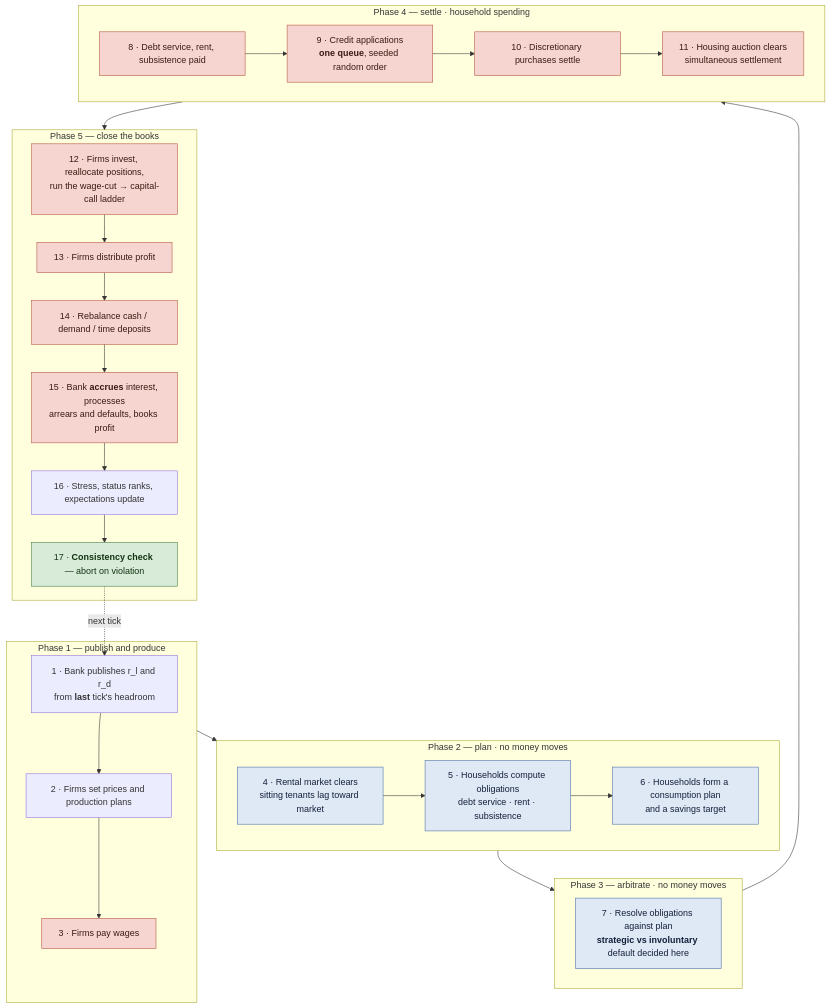
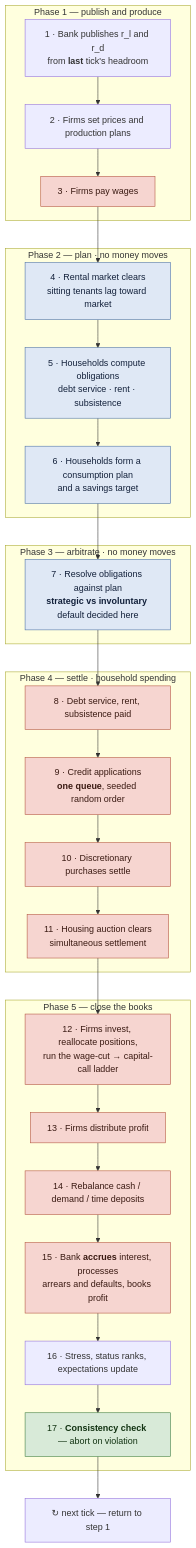
Before and after one commit to jherrma/economy-simulation: the first of 7 diagrams in docs/DIAGRAMS.md, drawn with Mermaid. The commit also changed other lines of this file, not shown here.

First line of the commit message:
Fix two diagrams that rendered wrong, and record how to check them

````diff
--- a/docs/DIAGRAMS.md
+++ b/docs/DIAGRAMS.md
@@ -26,43 +64,46 @@
 ```mermaid
 flowchart TD
     subgraph P1["Phase 1 — publish and produce"]
         S1["1 · Bank publishes r_l and r_d<br/>from <b>last</b> tick's headroom"]
         S2["2 · Firms set prices and production plans"]
         S3["3 · Firms pay wages"]
         S1 --> S2 --> S3
     end
     subgraph P2["Phase 2 — plan · no money moves"]
         S4["4 · Rental market clears<br/>sitting tenants lag toward market"]
         S5["5 · Households compute obligations<br/>debt service · rent · subsistence"]
         S6["6 · Households form a consumption plan<br/>and a savings target"]
         S4 --> S5 --> S6
     end
     subgraph P3["Phase 3 — arbitrate · no money moves"]
         S7["7 · Resolve obligations against plan<br/><b>strategic vs involuntary</b> default decided here"]
     end
     subgraph P4["Phase 4 — settle · household spending"]
         S8["8 · Debt service, rent, subsistence paid"]
         S9["9 · Credit applications<br/><b>one queue</b>, seeded random order"]
         S10["10 · Discretionary purchases settle"]
         S11["11 · Housing auction clears<br/>simultaneous settlement"]
         S8 --> S9 --> S10 --> S11
     end
     subgraph P5["Phase 5 — close the books"]
         S12["12 · Firms invest, reallocate positions,<br/>run the wage-cut → capital-call ladder"]
         S13["13 · Firms distribute profit"]
         S14["14 · Rebalance cash / demand / time deposits"]
         S15["15 · Bank <b>accrues</b> interest, processes<br/>arrears and defaults, books profit"]
         S16["16 · Stress, status ranks, expectations update"]
         S17["17 · <b>Consistency check</b> — abort on violation"]
         S12 --> S13 --> S14 --> S15 --> S16 --> S17
     end
-    P1 --> P2 --> P3 --> P4 --> P5
-    S17 -.->|next tick| S1
+    S3 --> S4
+    S6 --> S7
+    S7 --> S8
+    S11 --> S12
+    S17 --> NEXT["↻ next tick — return to step 1"]
 
     classDef moves fill:#f6d5d0,stroke:#b4553f,color:#3a1a12
     classDef quiet fill:#dfe8f5,stroke:#4a6fa5,color:#12203a
     classDef gate  fill:#d8ead8,stroke:#3f7d3f,color:#123312
     class S3,S8,S9,S10,S11,S12,S13,S14,S15 moves
     class S4,S5,S6,S7 quiet
     class S17 gate
 ```
````
